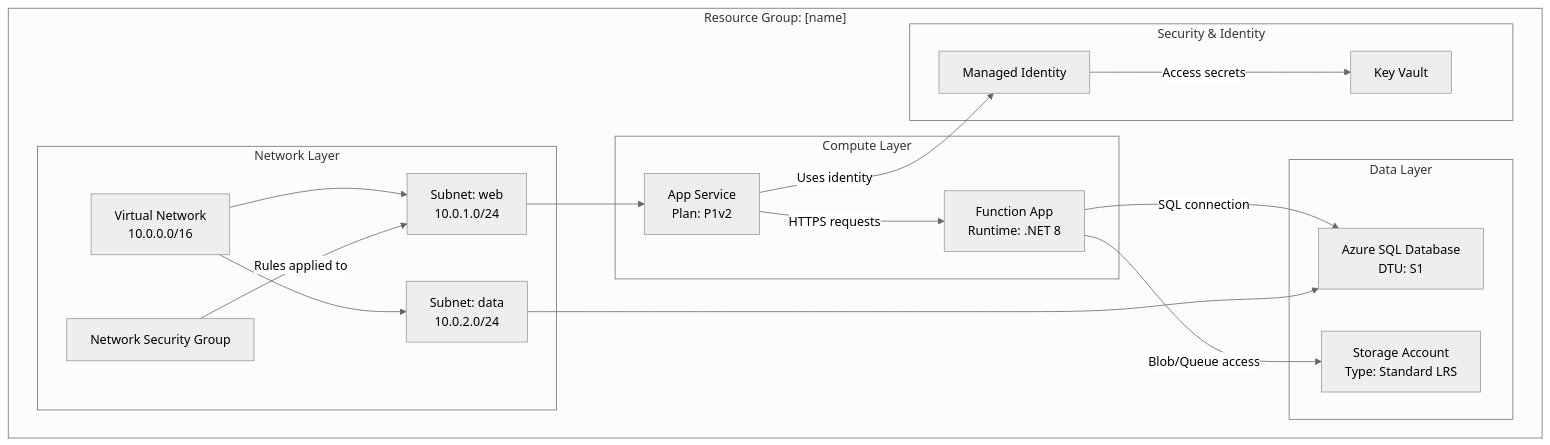
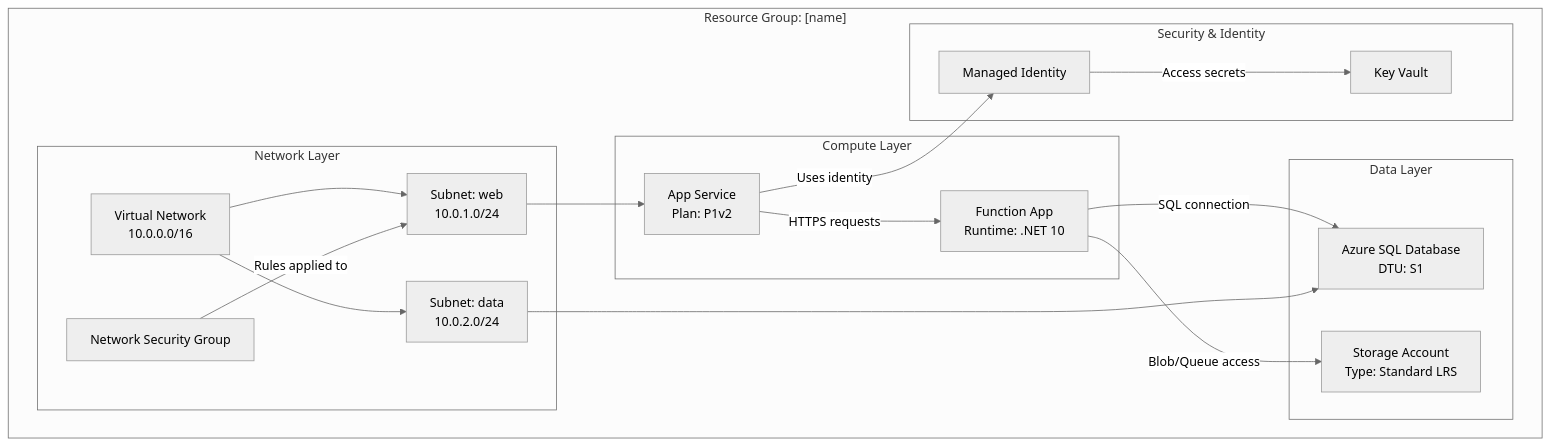
One commit to onsenturk/CoachingApp changed the diagram in .github/skills/azure-resource-visualizer/SKILL.md. Above: the diagram before and after it, drawn with Mermaid (neutral theme). The commit also changed 32 other files, not shown here.

````diff
--- a/.github/skills/azure-resource-visualizer/SKILL.md
+++ b/.github/skills/azure-resource-visualizer/SKILL.md
@@ -61,39 +61,39 @@
 ```mermaid
 graph TB
     %% Use subgraphs to group related resources
     subgraph "Resource Group: [name]"
         subgraph "Network Layer"
             VNET[Virtual Network<br/>10.0.0.0/16]
             SUBNET1[Subnet: web<br/>10.0.1.0/24]
             SUBNET2[Subnet: data<br/>10.0.2.0/24]
             NSG[Network Security Group]
         end
         
         subgraph "Compute Layer"
             APP[App Service<br/>Plan: P1v2]
-            FUNC[Function App<br/>Runtime: .NET 8]
+            FUNC[Function App<br/>Runtime: .NET 10]
         end
         
         subgraph "Data Layer"
             SQL[Azure SQL Database<br/>DTU: S1]
             STORAGE[Storage Account<br/>Type: Standard LRS]
         end
         
         subgraph "Security & Identity"
             KV[Key Vault]
             MI[Managed Identity]
         end
     end
     
     %% Define relationships with descriptive labels
     APP -->|"HTTPS requests"| FUNC
     FUNC -->|"SQL connection"| SQL
     FUNC -->|"Blob/Queue access"| STORAGE
     APP -->|"Uses identity"| MI
     MI -->|"Access secrets"| KV
     VNET --> SUBNET1
     VNET --> SUBNET2
     SUBNET1 --> APP
     SUBNET2 --> SQL
     NSG -->|"Rules applied to"| SUBNET1
 ```
````
